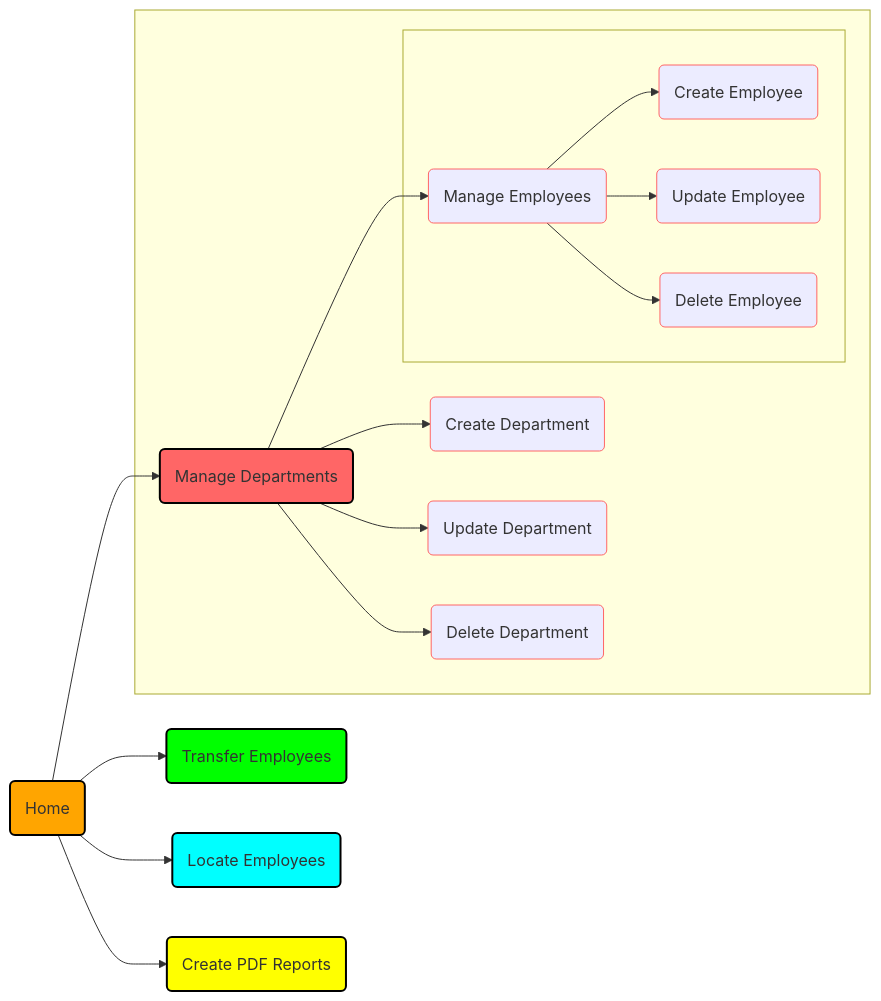
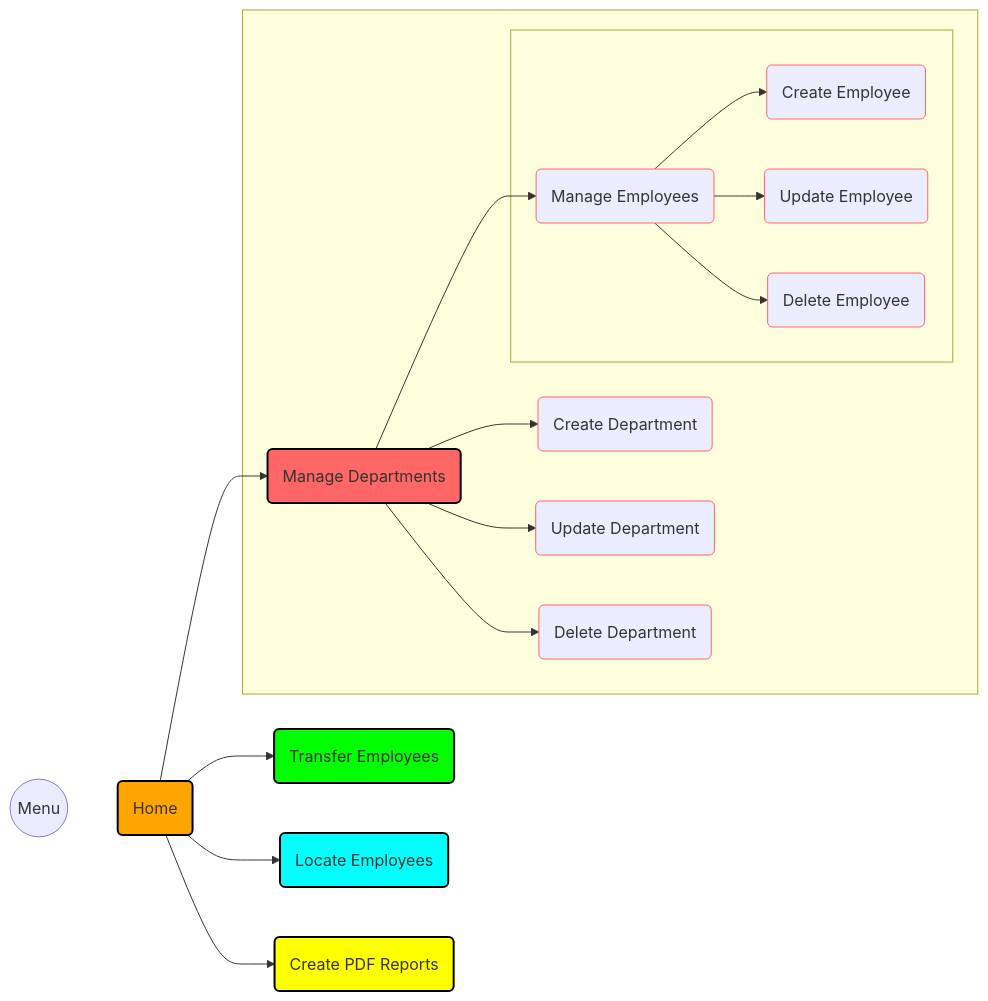
The diagram in docs/mermaid/flowchart.md (k1729p/Study27), drawn with Mermaid before and after one commit. The commit also changed 3 other files, not shown here.

````diff
--- a/docs/mermaid/flowchart.md
+++ b/docs/mermaid/flowchart.md
@@ -1,51 +1,54 @@
 ```mermaid
 flowchart LR
+  MENU((Menu))
   HOME(Home):::orangeBox
   M_DEP(Manage Departments):::redBox
   M_DEP_CR(Create Department):::redStroke
   M_DEP_UP(Update Department):::redStroke
   M_DEP_DL(Delete Department):::redStroke
   M_EMP(Manage Employees):::redStroke
   M_EMP_CR(Create Employee):::redStroke
   M_EMP_UP(Update Employee):::redStroke
   M_EMP_DL(Delete Employee):::redStroke
   TRA_EMP(Transfer Employees):::greenBox
   LOC_EMP(Locate Employees):::cyanBox
   PDF(Create PDF Reports):::yellowBox
 %% Flows
+  MENU ~~~ HOME
   HOME --> M_DEP
   subgraph " "
     M_DEP --> M_DEP_CR
     M_DEP --> M_DEP_UP
     M_DEP --> M_DEP_DL
     M_DEP --> M_EMP
     subgraph " "
       M_EMP --> M_EMP_CR
       M_EMP --> M_EMP_UP
       M_EMP --> M_EMP_DL
     end
   end
   HOME --> TRA_EMP
   HOME --> LOC_EMP
   HOME --> PDF
 %% Links Definitions
+  click MENU "https://raw.githubusercontent.com/k1729p/Study27/refs/heads/main/docs/images/ScreenshotMenu.jpg" _blank
   click HOME "https://raw.githubusercontent.com/k1729p/Study27/refs/heads/main/docs/images/ScreenshotHome.jpg" _blank
   click M_DEP "https://raw.githubusercontent.com/k1729p/Study27/refs/heads/main/docs/images/ScreenshotManageDepartments.jpg" _blank
   click M_DEP_CR "https://raw.githubusercontent.com/k1729p/Study27/refs/heads/main/docs/images/ScreenshotCreateDepartment.jpg" _blank
   click M_DEP_UP "https://raw.githubusercontent.com/k1729p/Study27/refs/heads/main/docs/images/ScreenshotUpdateDepartment.jpg" _blank
   click M_DEP_DL "https://raw.githubusercontent.com/k1729p/Study27/refs/heads/main/docs/images/ScreenshotDeleteDepartment.jpg" _blank
   click M_EMP "https://raw.githubusercontent.com/k1729p/Study27/refs/heads/main/docs/images/ScreenshotManageEmployees.jpg" _blank
   click M_EMP_CR "https://raw.githubusercontent.com/k1729p/Study27/refs/heads/main/docs/images/ScreenshotCreateEmployee.jpg" _blank
   click M_EMP_UP "https://raw.githubusercontent.com/k1729p/Study27/refs/heads/main/docs/images/ScreenshotUpdateEmployee.jpg" _blank
   click M_EMP_DL "https://raw.githubusercontent.com/k1729p/Study27/refs/heads/main/docs/images/ScreenshotDeleteEmployee.jpg" _blank
   click TRA_EMP "https://raw.githubusercontent.com/k1729p/Study27/refs/heads/main/docs/images/ScreenshotTransferEmployees.jpg" _blank
   click LOC_EMP "https://raw.githubusercontent.com/k1729p/Study27/refs/heads/main/docs/images/ScreenshotLocateEmployees.jpg" _blank
   click PDF "https://raw.githubusercontent.com/k1729p/Study27/refs/heads/main/docs/images/ScreenshotCreatePDFReports.jpg" _blank
 %% Style Definitions
   classDef redBox fill: #ff6666, stroke: #000, stroke-width: 2px
   classDef redStroke stroke: #ff6666
   classDef greenBox fill: #00ff00, stroke: #000, stroke-width: 2px
   classDef cyanBox fill: #00ffff, stroke: #000, stroke-width: 2px
   classDef yellowBox fill: #ffff00, stroke: #000, stroke-width: 2px
   classDef orangeBox  fill: #ffa500,stroke:#000,stroke-width:2px
 ```
````
